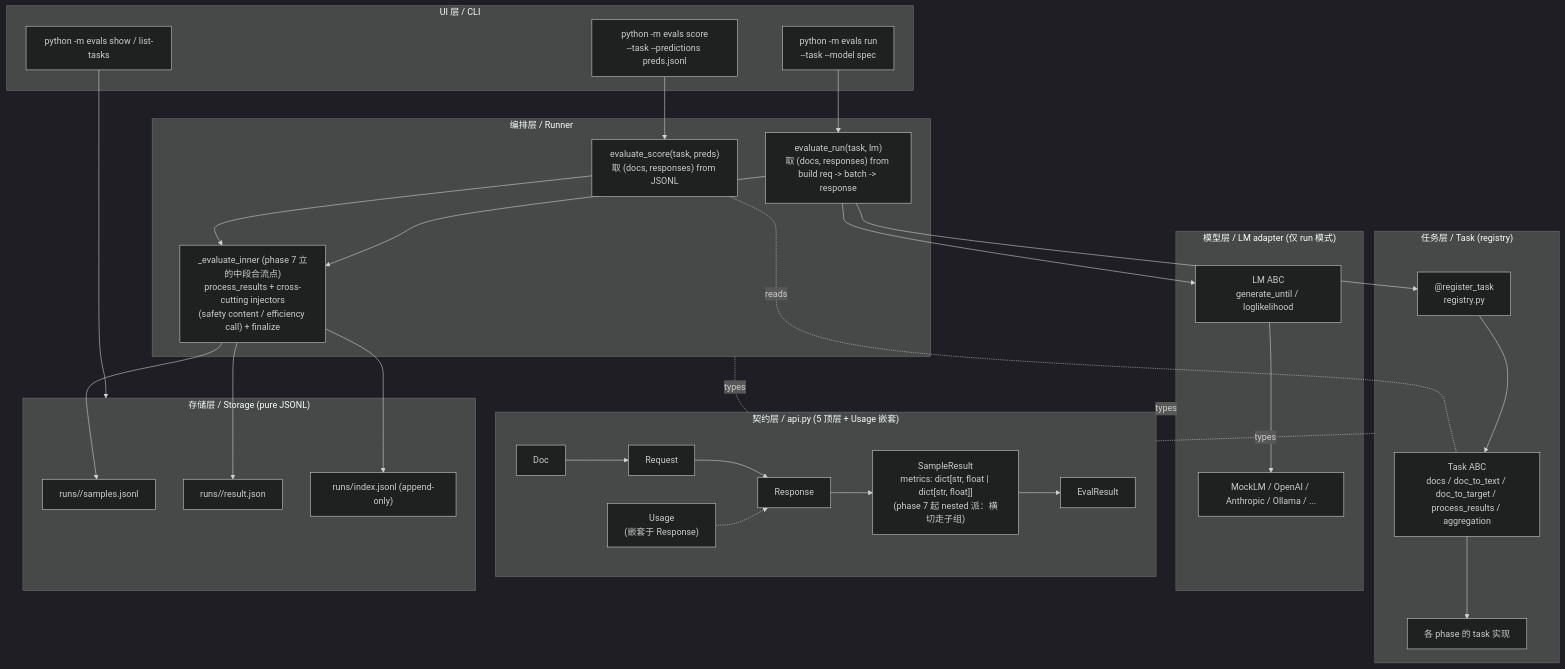
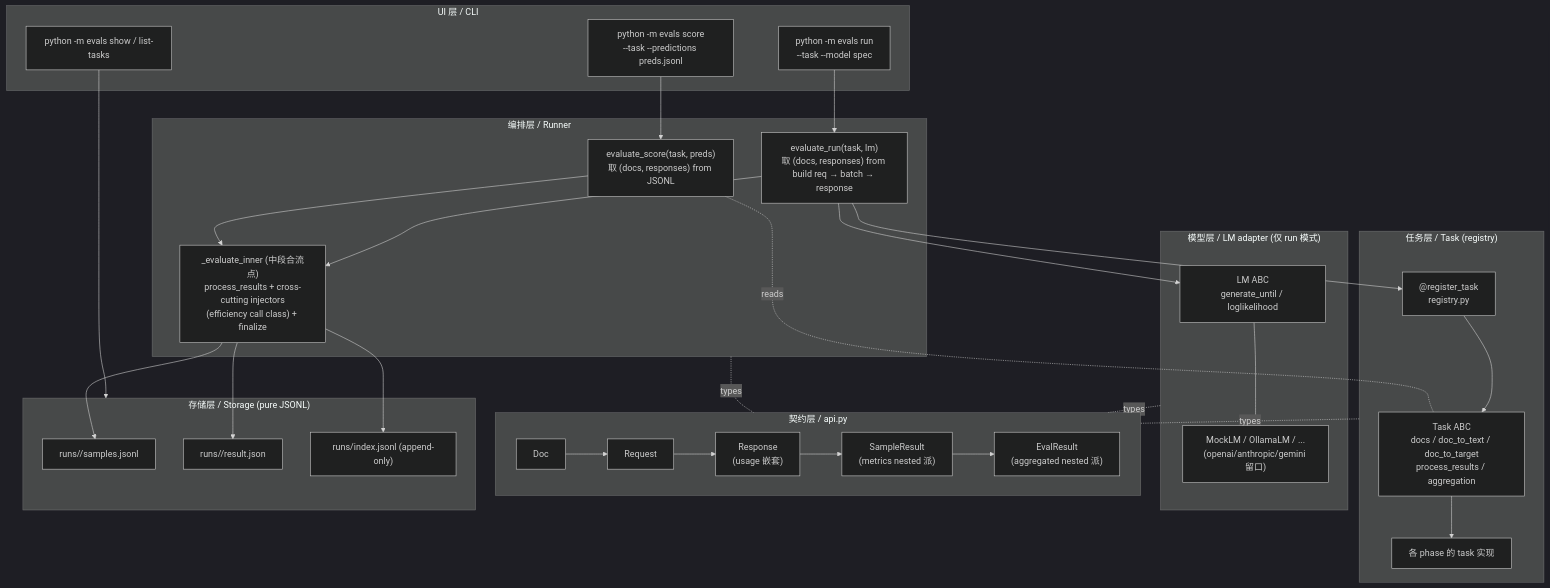
The diagram in play/evals/README.md (AndyUneducated/ai_workshop_demo), drawn with Mermaid (dark theme) before and after one commit. The commit also changed other lines of this file and 9 other files, not shown here.

````diff
--- a/play/evals/README.md
+++ b/play/evals/README.md
@@ -27,45 +31,44 @@
 ```mermaid
 flowchart TB
     subgraph UI["UI 层 / CLI"]
         cliScore["python -m evals score<br/>--task --predictions preds.jsonl"]
         cliRun["python -m evals run<br/>--task --model spec"]
         cliShow["python -m evals show / list-tasks"]
     end
     subgraph ORCH["编排层 / Runner"]
         off["evaluate_score(task, preds)<br/>取 (docs, responses) from JSONL"]
-        act["evaluate_run(task, lm)<br/>取 (docs, responses) from build req -> batch -> response"]
-        shared["_evaluate_inner (phase 7 立的中段合流点)<br/>process_results + cross-cutting injectors<br/>(safety content / efficiency call) + finalize"]
+        act["evaluate_run(task, lm)<br/>取 (docs, responses) from build req → batch → response"]
+        shared["_evaluate_inner (中段合流点)<br/>process_results + cross-cutting injectors<br/>(efficiency call class) + finalize"]
     end
     subgraph TASK["任务层 / Task (registry)"]
         reg["@register_task<br/>registry.py"]
-        base["Task ABC<br/>docs / doc_to_text / doc_to_target / process_results / aggregation"]
+        base["Task ABC<br/>docs / doc_to_text / doc_to_target<br/>process_results / aggregation"]
         tasks["各 phase 的 task 实现"]
     end
     subgraph LM["模型层 / LM adapter (仅 run 模式)"]
         lmbase["LM ABC<br/>generate_until / loglikelihood"]
-        adapters["MockLM / OpenAI / Anthropic / Ollama / ..."]
+        adapters["MockLM / OllamaLM / ...<br/>(openai/anthropic/gemini 留口)"]
     end
-    subgraph CONTRACT["契约层 / api.py (5 顶层 + Usage 嵌套)"]
-        doc["Doc"] --> req["Request"] --> resp["Response"] --> sr["SampleResult<br/>metrics: dict[str, float | dict[str, float]]<br/>(phase 7 起 nested 派：横切走子组)"] --> er["EvalResult"]
-        usage["Usage<br/>(嵌套于 Response)"] -.-> resp
+    subgraph CONTRACT["契约层 / api.py"]
+        doc["Doc"] --> req["Request"] --> resp["Response<br/>(usage 嵌套)"] --> sr["SampleResult<br/>(metrics nested 派)"] --> er["EvalResult<br/>(aggregated nested 派)"]
     end
     subgraph STORE["存储层 / Storage (pure JSONL)"]
         samples["runs/<id>/samples.jsonl"]
         result["runs/<id>/result.json"]
         idx["runs/index.jsonl (append-only)"]
     end
     cliScore --> off
     cliRun --> act
     cliShow --> STORE
     off --> shared
     act --> shared
     off -. reads .- base
     act --> reg --> base
     act --> lmbase
     base --> tasks
     lmbase --> adapters
     shared --> samples & result & idx
     TASK -. types .- CONTRACT
     LM -. types .- CONTRACT
     ORCH -. types .- CONTRACT
 ```
````
